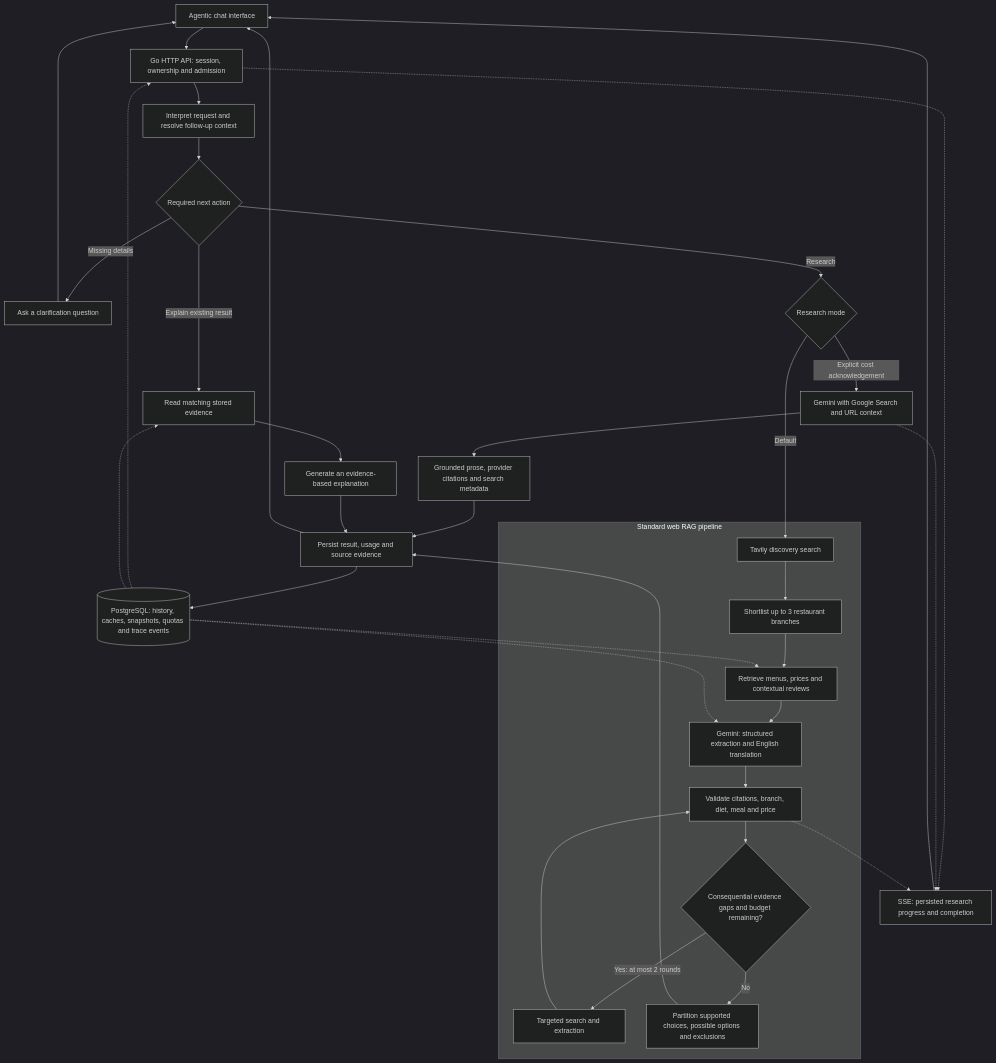
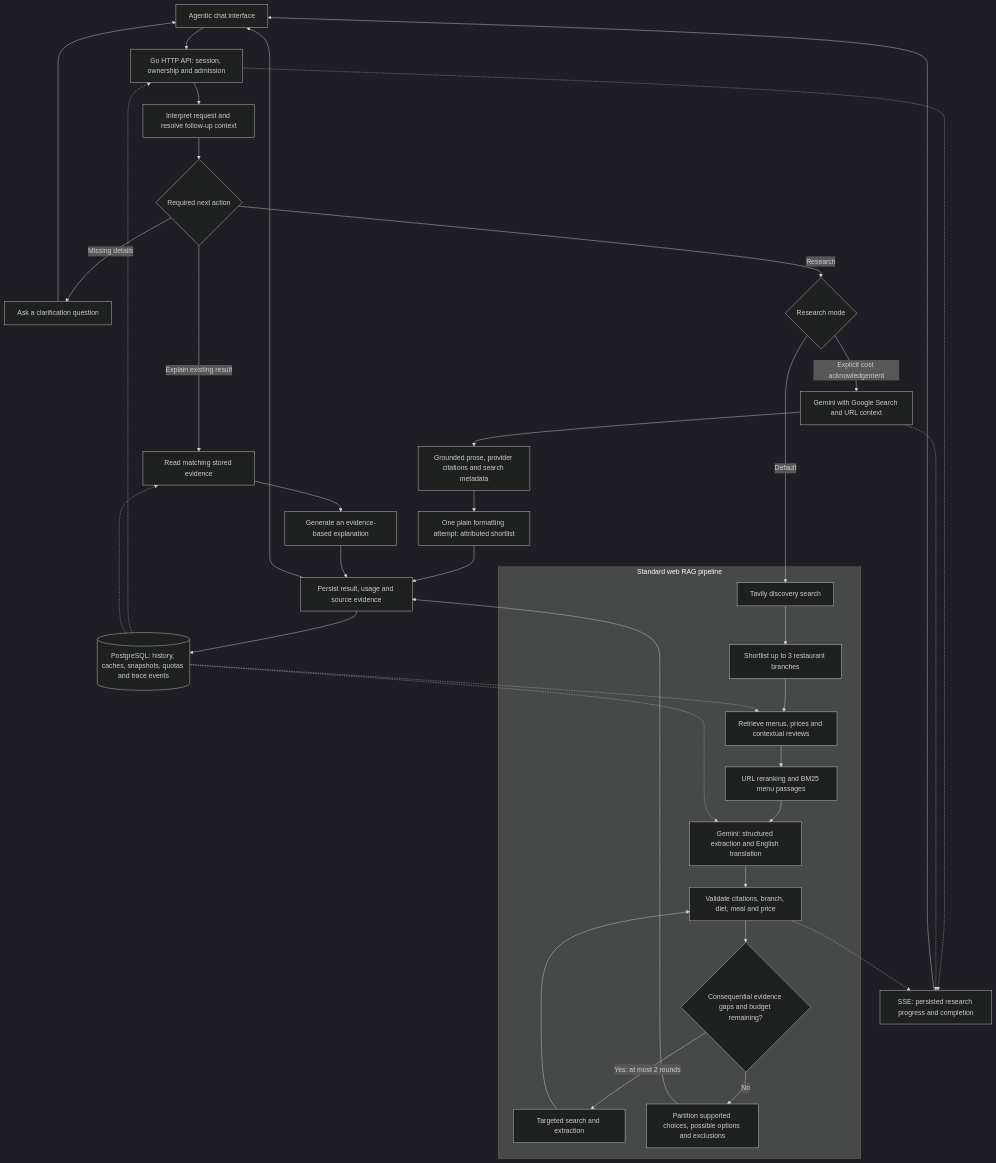
The diagram in README.md (an-algorithmist/table-for-you), drawn with Mermaid (dark theme) before and after one commit. The commit also changed other lines of this file and 41 other files, not shown here.

````diff
--- a/README.md
+++ b/README.md
@@ -76,40 +77,42 @@
 ```mermaid
 flowchart TD
     UI[Agentic chat interface] --> API[Go HTTP API: session, ownership and admission]
     API --> INT[Interpret request and resolve follow-up context]
     INT --> ACTION{Required next action}
     ACTION -->|Missing details| ASK[Ask a clarification question]
     ASK --> UI
     ACTION -->|Explain existing result| SAVED[Read matching stored evidence]
     SAVED --> ANSWER[Generate an evidence-based explanation]
     ACTION -->|Research| MODE{Research mode}
 
     subgraph STANDARD[Standard web RAG pipeline]
         DISC[Tavily discovery search] --> SHORT[Shortlist up to 3 restaurant branches]
         SHORT --> FETCH[Retrieve menus, prices and contextual reviews]
-        FETCH --> EXTRACT[Gemini: structured extraction and English translation]
+        FETCH --> IR[URL reranking and BM25 menu passages]
+        IR --> EXTRACT[Gemini: structured extraction and English translation]
         EXTRACT --> CHECK[Validate citations, branch, diet, meal and price]
         CHECK --> GAPS{Consequential evidence gaps and budget remaining?}
         GAPS -->|Yes: at most 2 rounds| TARGET[Targeted search and extraction]
         TARGET --> CHECK
         GAPS -->|No| CARDS[Partition supported choices, possible options and exclusions]
     end
 
     MODE -->|Default| DISC
     MODE -->|Explicit cost acknowledgement| GROUND[Gemini with Google Search and URL context]
     GROUND --> ATTR[Grounded prose, provider citations and search metadata]
     CARDS --> STORE[Persist result, usage and source evidence]
-    ATTR --> STORE
+    ATTR --> FORMAT[One plain formatting attempt: attributed shortlist]
+    FORMAT --> STORE
     ANSWER --> STORE
     STORE --> UI
 
     DB[(PostgreSQL: history, caches, snapshots, quotas and trace events)] -.-> API
     DB -.-> SAVED
     DB -.-> FETCH
     DB -.-> EXTRACT
     STORE --> DB
     API -.-> SSE[SSE: persisted research progress and completion]
     CHECK -.-> SSE
     GROUND -.-> SSE
     SSE --> UI
 ```
````
